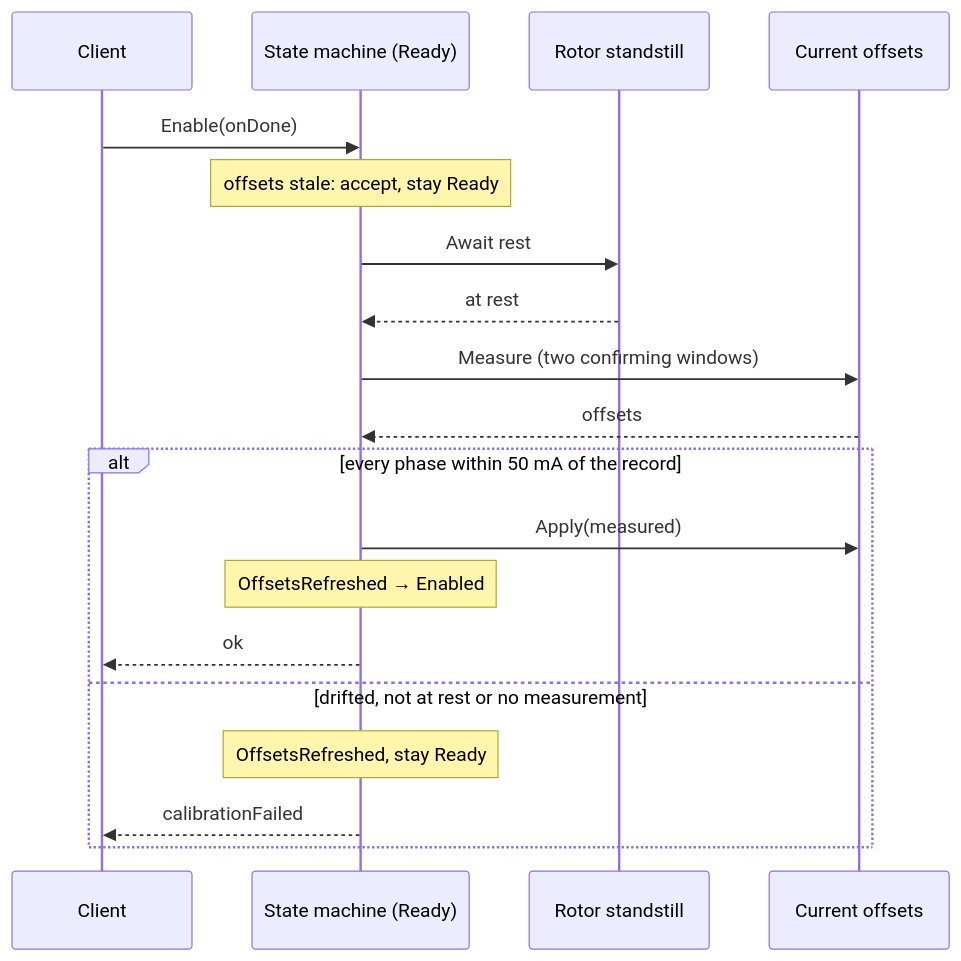
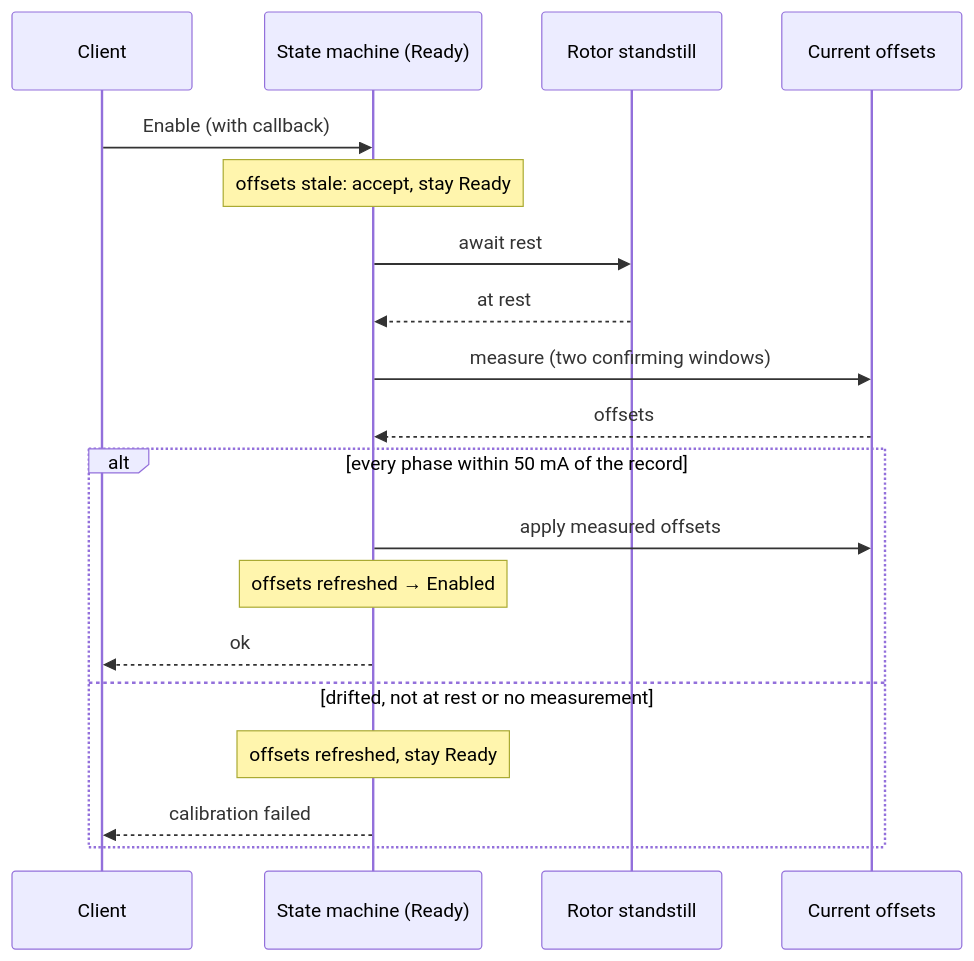
One commit to embedded-pro/e-foc changed the fifth of 13 diagrams in documentation/design/state-machine.md. Above: the diagram before and after it, drawn with Mermaid. The commit also changed other lines of this file and 37 other files, not shown here.

````diff
--- a/documentation/design/state-machine.md
+++ b/documentation/design/state-machine.md
@@ -551,22 +607,22 @@
 ```mermaid
 sequenceDiagram
     participant C as Client
     participant SM as State machine (Ready)
     participant RS as Rotor standstill
     participant CO as Current offsets
 
-    C->>SM: Enable(onDone)
+    C->>SM: Enable (with callback)
     note over SM: offsets stale: accept, stay Ready
-    SM->>RS: Await rest
+    SM->>RS: await rest
     RS-->>SM: at rest
-    SM->>CO: Measure (two confirming windows)
+    SM->>CO: measure (two confirming windows)
     CO-->>SM: offsets
     alt every phase within 50 mA of the record
-        SM->>CO: Apply(measured)
-        note over SM: OffsetsRefreshed → Enabled
+        SM->>CO: apply measured offsets
+        note over SM: offsets refreshed → Enabled
         SM-->>C: ok
     else drifted, not at rest or no measurement
-        note over SM: OffsetsRefreshed, stay Ready
-        SM-->>C: calibrationFailed
+        note over SM: offsets refreshed, stay Ready
+        SM-->>C: calibration failed
     end
 ```
````
